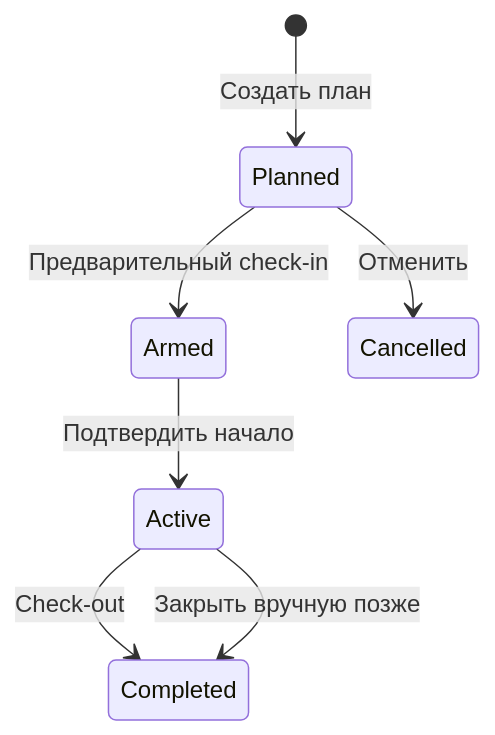
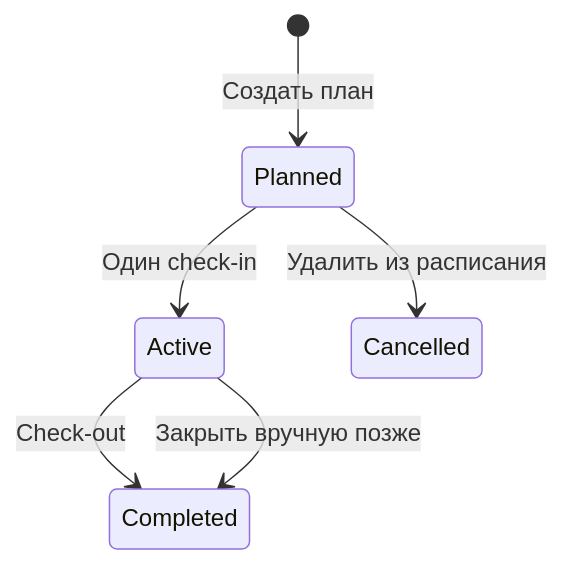
The diagram in docs/functional-design.md (u-alexander-gb/WorkHoursApp), drawn with Mermaid before and after one commit. The commit also changed other lines of this file and 15 other files, not shown here.

````diff
--- a/docs/functional-design.md
+++ b/docs/functional-design.md
@@ -97,9 +99,8 @@
 ```mermaid
 stateDiagram-v2
     [*] --> Planned: Создать план
-    Planned --> Armed: Предварительный check-in
-    Armed --> Active: Подтвердить начало
+    Planned --> Active: Один check-in
     Active --> Completed: Check-out
-    Planned --> Cancelled: Отменить
+    Planned --> Cancelled: Удалить из расписания
     Active --> Completed: Закрыть вручную позже
 ```
````
